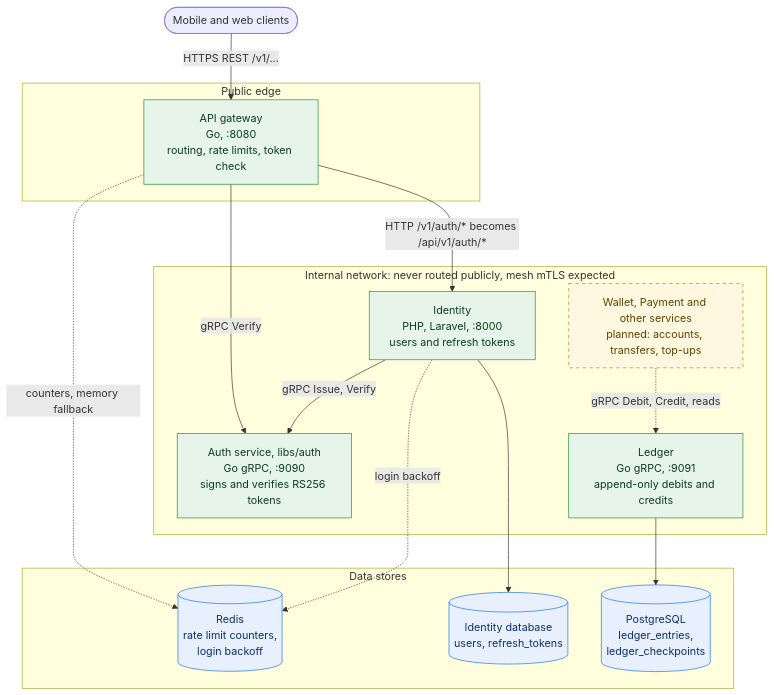
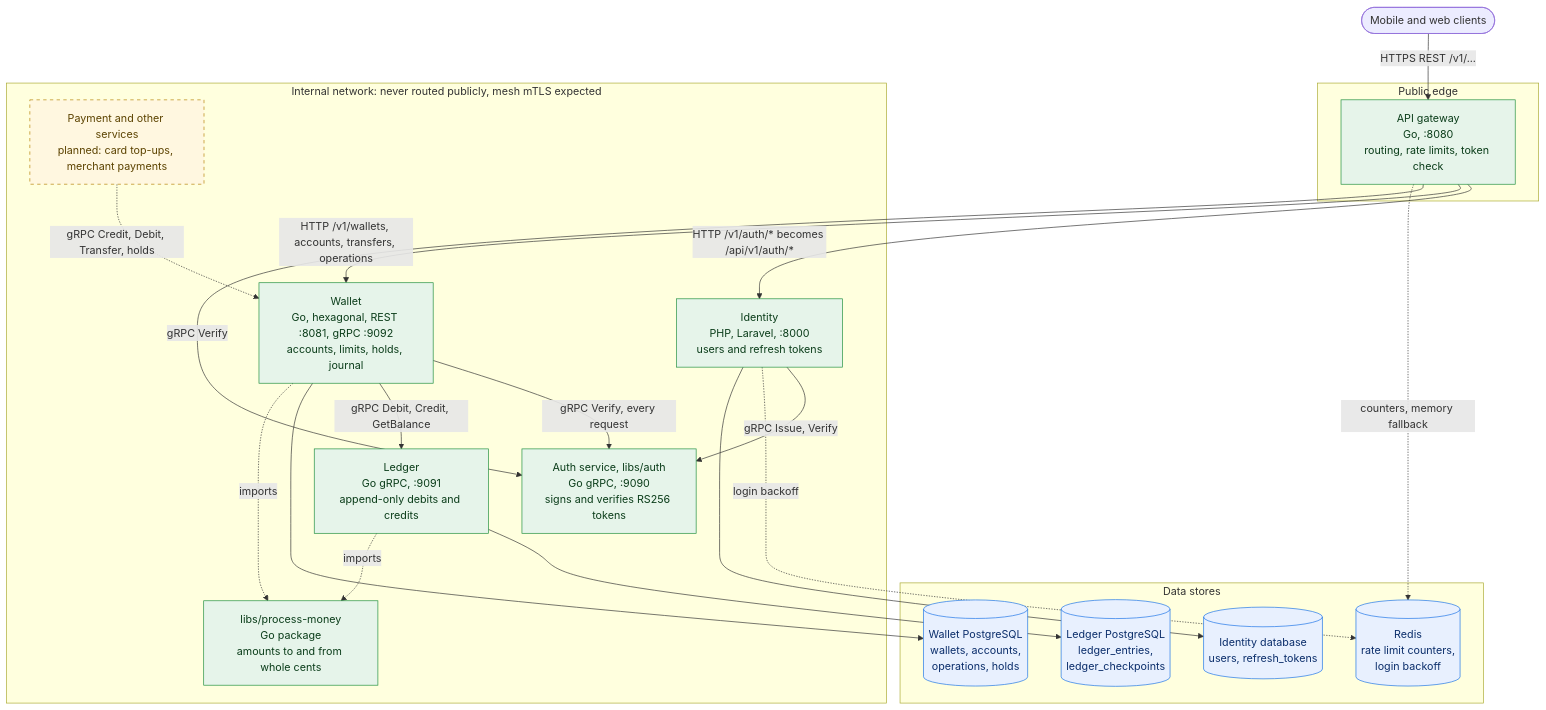
Before and after one commit to JackMahfouz/e-wallet: the first of 3 diagrams in README.md, drawn with Mermaid. The commit also changed other lines of this file and 99 other files, not shown here.

````diff
--- a/README.md
+++ b/README.md
@@ -43,38 +48,47 @@
 ```mermaid
 flowchart TB
     client(["Mobile and web clients"])
 
     subgraph edge["Public edge"]
         gateway["API gateway<br/>Go, :8080<br/>routing, rate limits, token check"]
     end
 
     subgraph internal["Internal network: never routed publicly, mesh mTLS expected"]
         identity["Identity<br/>PHP, Laravel, :8000<br/>users and refresh tokens"]
         auth["Auth service, libs/auth<br/>Go gRPC, :9090<br/>signs and verifies RS256 tokens"]
+        wallet["Wallet<br/>Go, hexagonal, REST :8081, gRPC :9092<br/>accounts, limits, holds, journal"]
         ledger["Ledger<br/>Go gRPC, :9091<br/>append-only debits and credits"]
-        planned["Wallet, Payment and other services<br/>planned: accounts, transfers, top-ups"]
+        money["libs/process-money<br/>Go package<br/>amounts to and from whole cents"]
+        planned["Payment and other services<br/>planned: card top-ups, merchant payments"]
     end
 
     subgraph data["Data stores"]
         redis[("Redis<br/>rate limit counters,<br/>login backoff")]
         identitydb[("Identity database<br/>users, refresh_tokens")]
-        postgres[("PostgreSQL<br/>ledger_entries,<br/>ledger_checkpoints")]
+        walletdb[("Wallet PostgreSQL<br/>wallets, accounts,<br/>operations, holds")]
+        postgres[("Ledger PostgreSQL<br/>ledger_entries,<br/>ledger_checkpoints")]
     end
 
     client -->|"HTTPS REST /v1/..."| gateway
     gateway -->|"HTTP /v1/auth/* becomes /api/v1/auth/*"| identity
+    gateway -->|"HTTP /v1/wallets, accounts, transfers, operations"| wallet
     gateway -->|"gRPC Verify"| auth
     identity -->|"gRPC Issue, Verify"| auth
+    wallet -->|"gRPC Verify, every request"| auth
+    wallet -->|"gRPC Debit, Credit, GetBalance"| ledger
     gateway -.->|"counters, memory fallback"| redis
     identity -.->|"login backoff"| redis
     identity --> identitydb
-    planned -.->|"gRPC Debit, Credit, reads"| ledger
+    wallet --> walletdb
+    planned -.->|"gRPC Credit, Debit, Transfer, holds"| wallet
     ledger --> postgres
+    wallet -.->|"imports"| money
+    ledger -.->|"imports"| money
 
     classDef built fill:#e6f4ea,stroke:#1e8e3e,color:#0b3d1a;
     classDef future fill:#fff7e0,stroke:#b58105,stroke-dasharray: 5 5,color:#5c4300;
     classDef store fill:#e8f0fe,stroke:#1a73e8,color:#0b2e6b;
-    class gateway,identity,auth,ledger built;
+    class gateway,identity,auth,wallet,ledger,money built;
     class planned future;
-    class redis,identitydb,postgres store;
+    class redis,identitydb,walletdb,postgres store;
 ```
````
